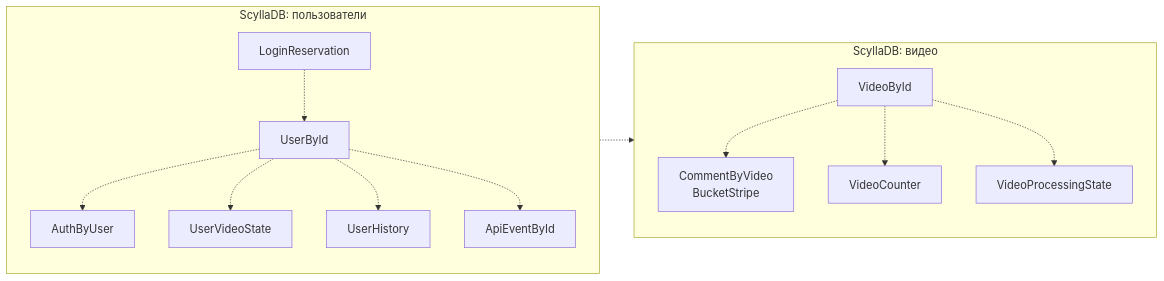
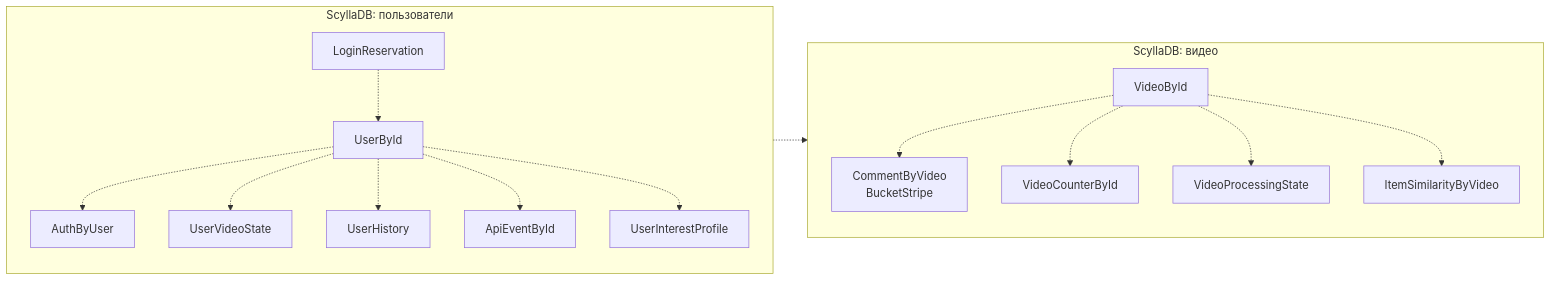
Before and after one commit to pavel-ladygin/highload_tp: the fifth of 6 diagrams in README.md, drawn with Mermaid. The commit also changed other lines of this file, not shown here.

````diff
--- a/README.md
+++ b/README.md
@@ -581,28 +604,32 @@
 ```mermaid
 flowchart LR
   subgraph U["ScyllaDB: пользователи"]
     direction TB
     User["UserById"]
     Login["LoginReservation"]
     Auth["AuthByUser"]
     State["UserVideoState"]
     History["UserHistory"]
     Api["ApiEventById"]
     Login -.-> User
     User -.-> Auth
     User -.-> State
     User -.-> History
     User -.-> Api
+    User -.-> Interest
   end
   subgraph V["ScyllaDB: видео"]
     direction TB
     Video["VideoById"]
+    Interest["UserInterestProfile"]
+    Similarity["ItemSimilarityByVideo"]
     Comment["CommentByVideo<br/>BucketStripe"]
-    Counter["VideoCounter"]
+    Counter["VideoCounterById"]
     Processing["VideoProcessingState"]
     Video -.-> Comment
     Video -.-> Counter
     Video -.-> Processing
+    Video -.-> Similarity
   end
   State -.-> Video
 ```
````
